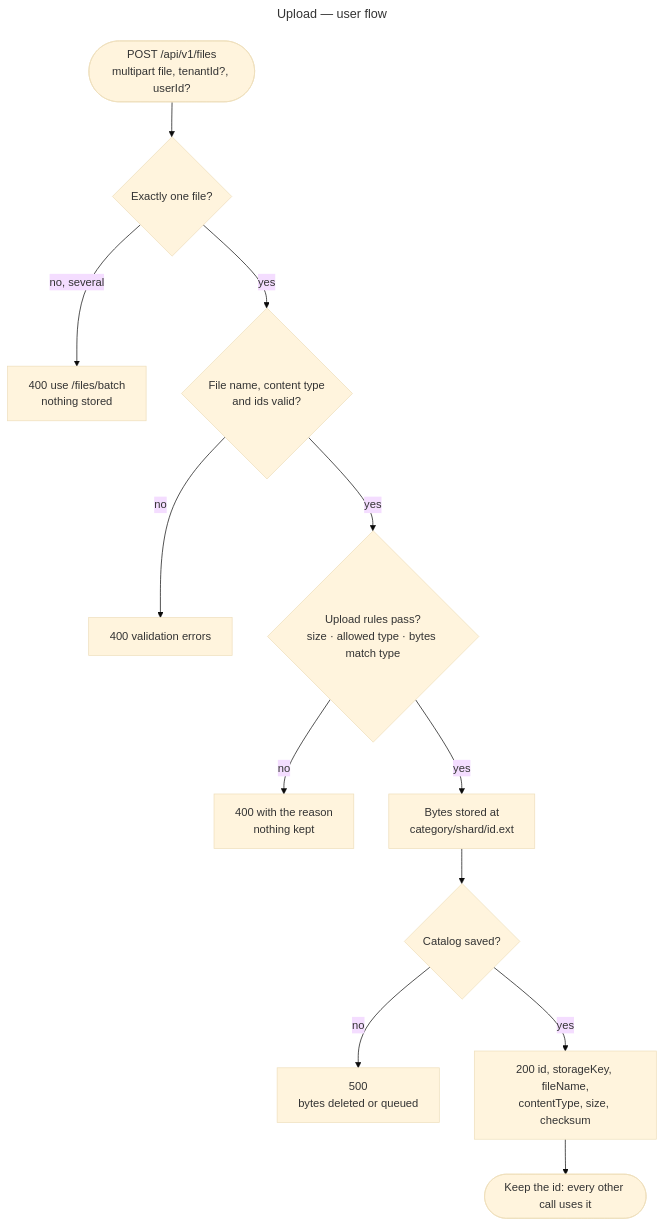
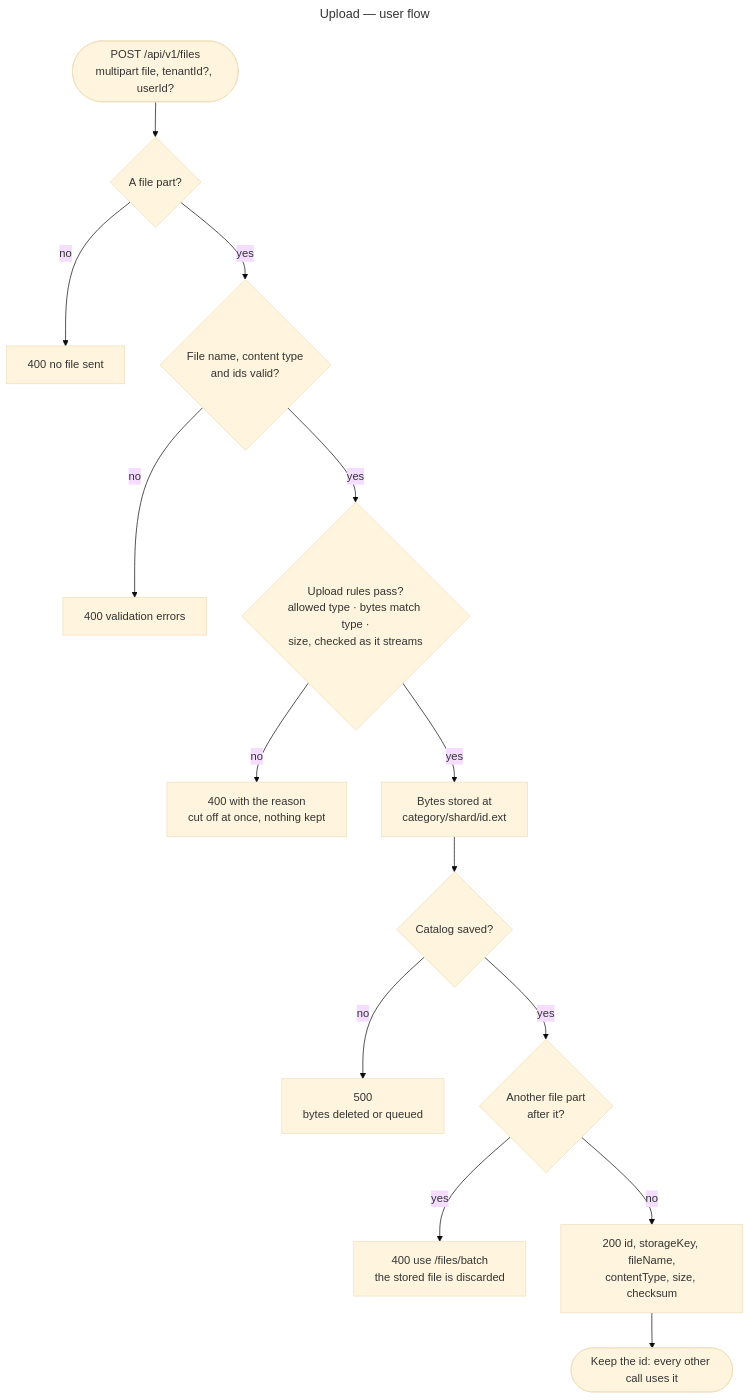
One commit to gmetskhvarishvili/GM.FileStorage.Samples changed the third of 11 diagrams in docs/user-flows.md. Above: the diagram before and after it, drawn with Mermaid (base theme). The commit also changed other lines of this file and 15 other files, not shown here.

````diff
--- a/docs/user-flows.md
+++ b/docs/user-flows.md
@@ -64,17 +64,19 @@
 ```mermaid
 ---
 title: Upload — user flow
 ---
 flowchart TD
-    start([POST /api/v1/files<br/>multipart file, tenantId?, userId?]) --> one{Exactly one file?}
-    one -- no, several --> m400[400 use /files/batch<br/>nothing stored]
-    one -- yes --> valid{File name, content type<br/>and ids valid?}
+    start([POST /api/v1/files<br/>multipart file, tenantId?, userId?]) --> any{A file part?}
+    any -- no --> n400[400 no file sent]
+    any -- yes --> valid{File name, content type<br/>and ids valid?}
     valid -- no --> v400[400 validation errors]
-    valid -- yes --> rules{Upload rules pass?<br/>size · allowed type · bytes match type}
-    rules -- no --> r400[400 with the reason<br/>nothing kept]
+    valid -- yes --> rules{Upload rules pass?<br/>allowed type · bytes match type ·<br/>size, checked as it streams}
+    rules -- no --> r400[400 with the reason<br/>cut off at once, nothing kept]
     rules -- yes --> stored[Bytes stored at<br/>category/shard/id.ext]
     stored --> saved{Catalog saved?}
     saved -- no --> e500[500<br/>bytes deleted or queued]
-    saved -- yes --> ok[200 id, storageKey, fileName,<br/>contentType, size, checksum]
+    saved -- yes --> more{Another file part<br/>after it?}
+    more -- yes --> m400[400 use /files/batch<br/>the stored file is discarded]
+    more -- no --> ok[200 id, storageKey, fileName,<br/>contentType, size, checksum]
     ok --> next([Keep the id: every other call uses it])
 ```
````
